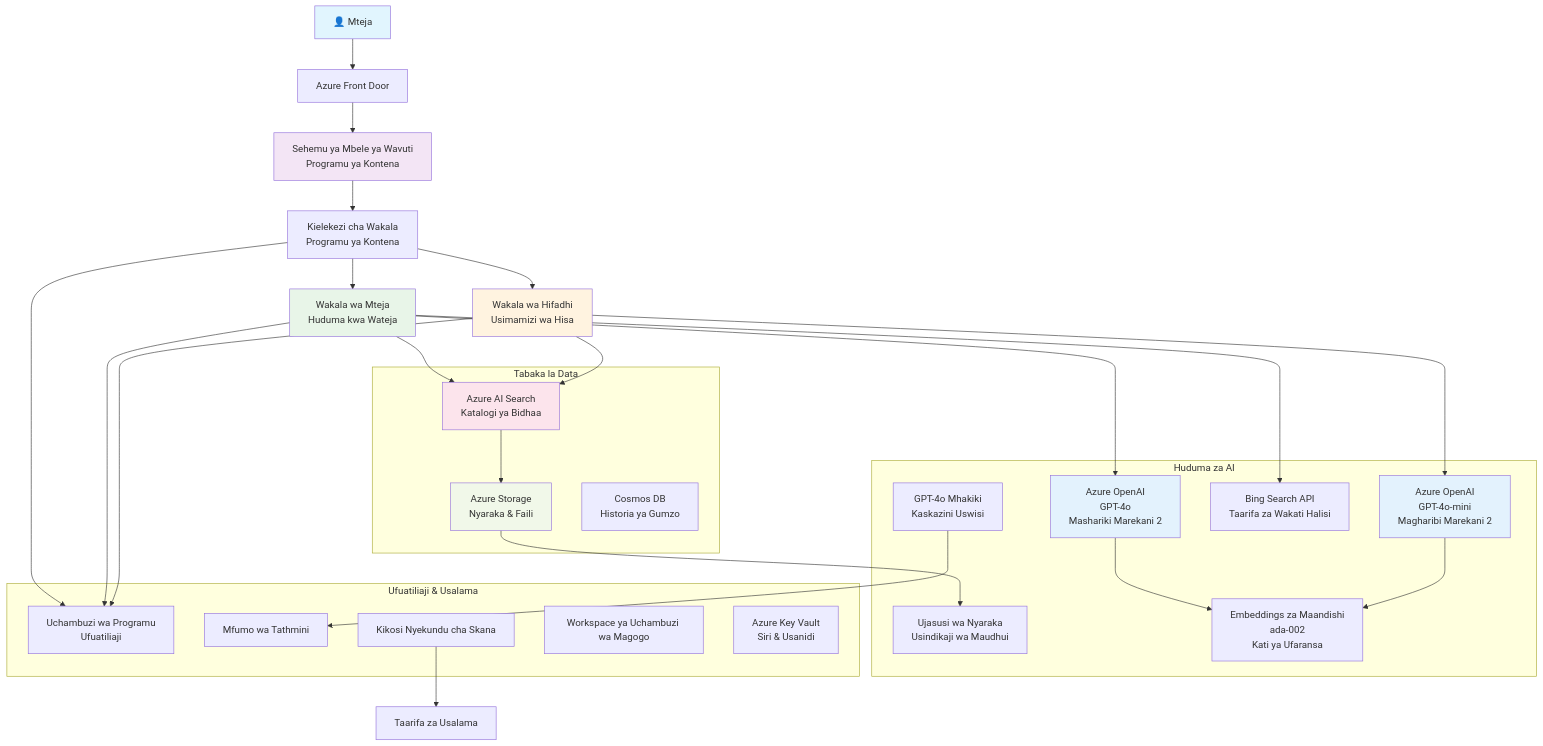
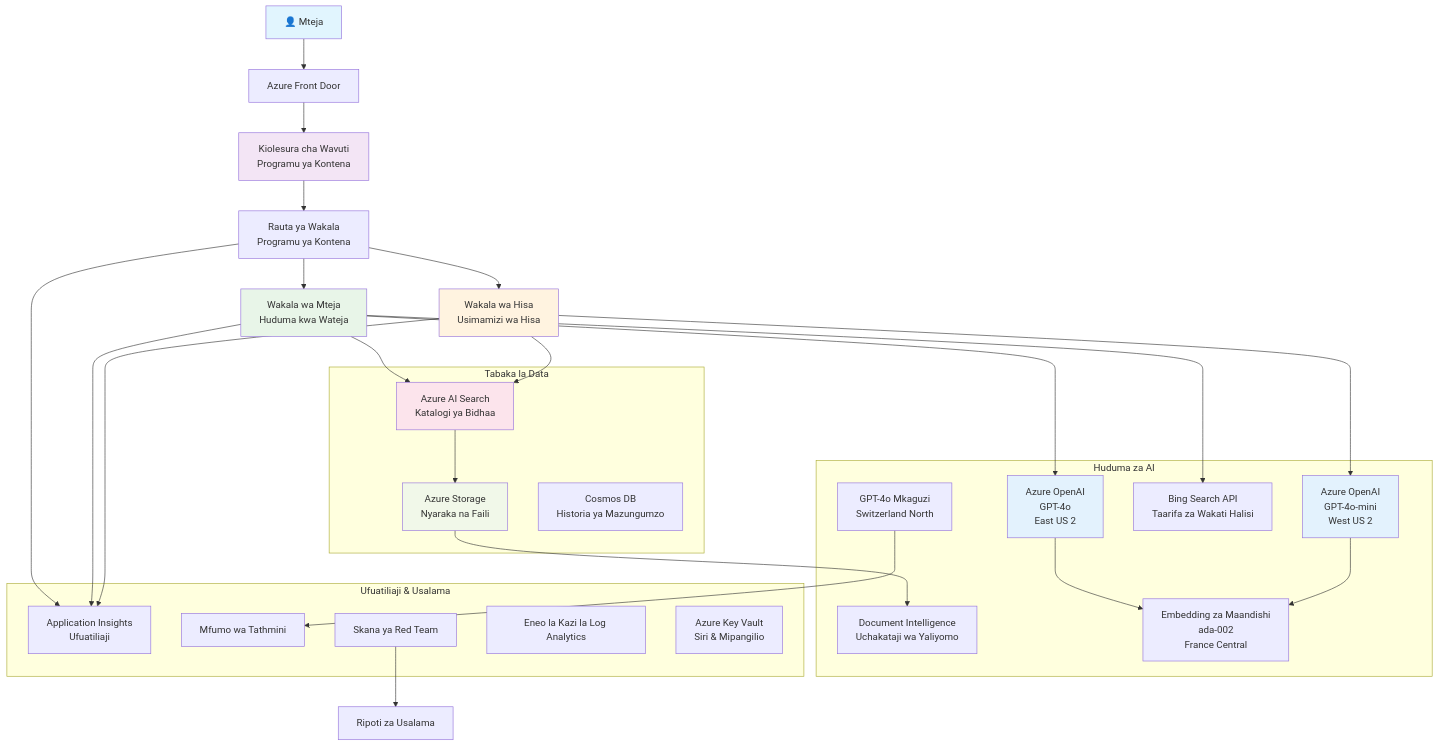
Before and after one commit to microsoft/AZD-for-beginners: the diagram in translations/sw/examples/retail-scenario.md, drawn with Mermaid. The commit also changed other lines of this file and 243 other files, not shown here.

````diff
--- a/translations/sw/examples/retail-scenario.md
+++ b/translations/sw/examples/retail-scenario.md
@@ -148,61 +139,61 @@
 ```mermaid
 graph TB
     User[👤 Mteja] --> LB[Azure Front Door]
-    LB --> WebApp[Sehemu ya Mbele ya Wavuti<br/>Programu ya Kontena]
+    LB --> WebApp[Kiolesura cha Wavuti<br/>Programu ya Kontena]
     
-    WebApp --> Router[Kielekezi cha Wakala<br/>Programu ya Kontena]
+    WebApp --> Router[Rauta ya Wakala<br/>Programu ya Kontena]
     Router --> CustomerAgent[Wakala wa Mteja<br/>Huduma kwa Wateja]
-    Router --> InvAgent[Wakala wa Hifadhi<br/>Usimamizi wa Hisa]
+    Router --> InvAgent[Wakala wa Hisa<br/>Usimamizi wa Hisa]
     
-    CustomerAgent --> OpenAI1[Azure OpenAI<br/>GPT-4o<br/>Mashariki Marekani 2]
-    InvAgent --> OpenAI2[Azure OpenAI<br/>GPT-4o-mini<br/>Magharibi Marekani 2]
+    CustomerAgent --> OpenAI1[Azure OpenAI<br/>GPT-4o<br/>East US 2]
+    InvAgent --> OpenAI2[Azure OpenAI<br/>GPT-4o-mini<br/>West US 2]
     
     CustomerAgent --> AISearch[Azure AI Search<br/>Katalogi ya Bidhaa]
     CustomerAgent --> BingSearch[Bing Search API<br/>Taarifa za Wakati Halisi]
     InvAgent --> AISearch
     
-    AISearch --> Storage[Azure Storage<br/>Nyaraka & Faili]
-    Storage --> DocIntel[Ujasusi wa Nyaraka<br/>Usindikaji wa Maudhui]
+    AISearch --> Storage[Azure Storage<br/>Nyaraka na Faili]
+    Storage --> DocIntel[Document Intelligence<br/>Uchakataji wa Yaliyomo]
     
-    OpenAI1 --> Embeddings[Embeddings za Maandishi<br/>ada-002<br/>Kati ya Ufaransa]
+    OpenAI1 --> Embeddings[Embedding za Maandishi<br/>ada-002<br/>France Central]
     OpenAI2 --> Embeddings
     
-    Router --> AppInsights[Uchambuzi wa Programu<br/>Ufuatiliaji]
+    Router --> AppInsights[Application Insights<br/>Ufuatiliaji]
     CustomerAgent --> AppInsights
     InvAgent --> AppInsights
     
-    GraderModel[GPT-4o Mhakiki<br/>Kaskazini Uswisi] --> Evaluation[Mfumo wa Tathmini]
-    RedTeam[Kikosi Nyekundu cha Skana] --> SecurityReports[Taarifa za Usalama]
+    GraderModel[GPT-4o Mkaguzi<br/>Switzerland North] --> Evaluation[Mfumo wa Tathmini]
+    RedTeam[Skana ya Red Team] --> SecurityReports[Ripoti za Usalama]
     
     subgraph "Tabaka la Data"
         Storage
         AISearch
-        CosmosDB[Cosmos DB<br/>Historia ya Gumzo]
+        CosmosDB[Cosmos DB<br/>Historia ya Mazungumzo]
     end
     
     subgraph "Huduma za AI"
         OpenAI1
         OpenAI2
         Embeddings
         GraderModel
         DocIntel
         BingSearch
     end
     
     subgraph "Ufuatiliaji & Usalama"
         AppInsights
-        LogAnalytics[Workspace ya Uchambuzi wa Magogo]
-        KeyVault[Azure Key Vault<br/>Siri & Usanidi]
+        LogAnalytics[Eneo la Kazi la Log Analytics]
+        KeyVault[Azure Key Vault<br/>Siri & Mipangilio]
         RedTeam
         Evaluation
     end
     
     style User fill:#e1f5fe
     style WebApp fill:#f3e5f5
     style CustomerAgent fill:#e8f5e8
     style InvAgent fill:#fff3e0
     style OpenAI1 fill:#e3f2fd
     style OpenAI2 fill:#e3f2fd
     style AISearch fill:#fce4ec
     style Storage fill:#f1f8e9
 ```
````
